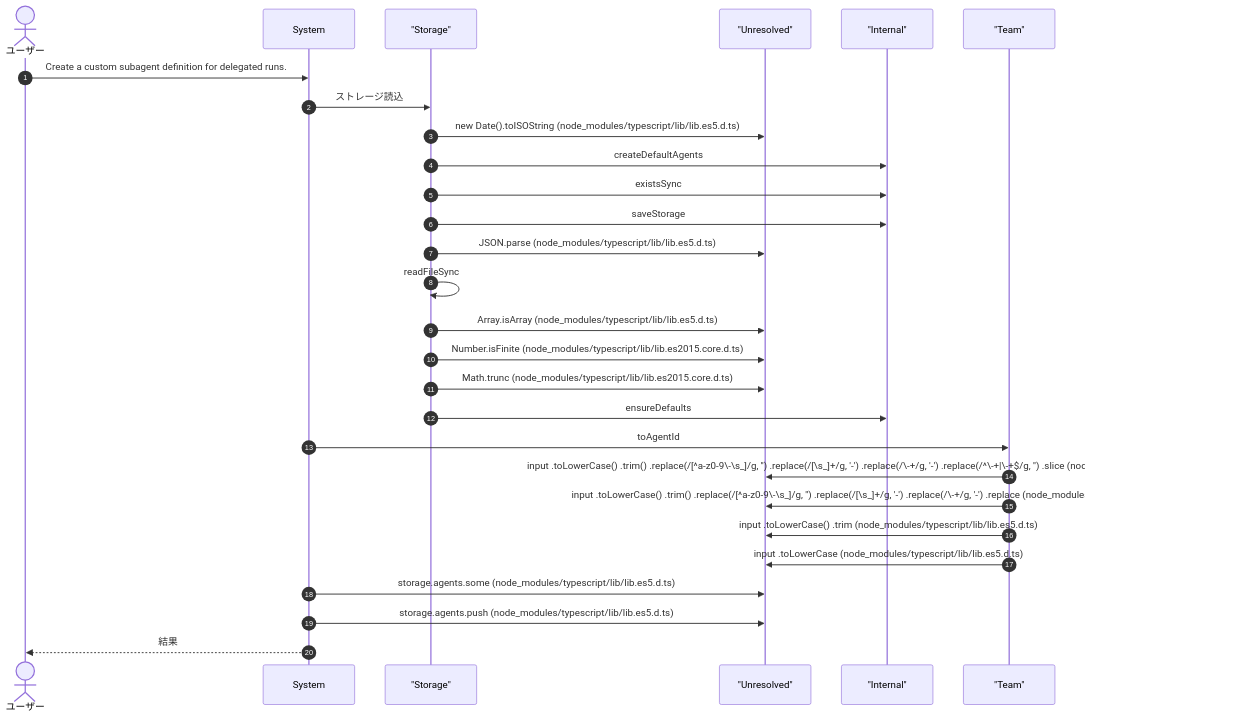
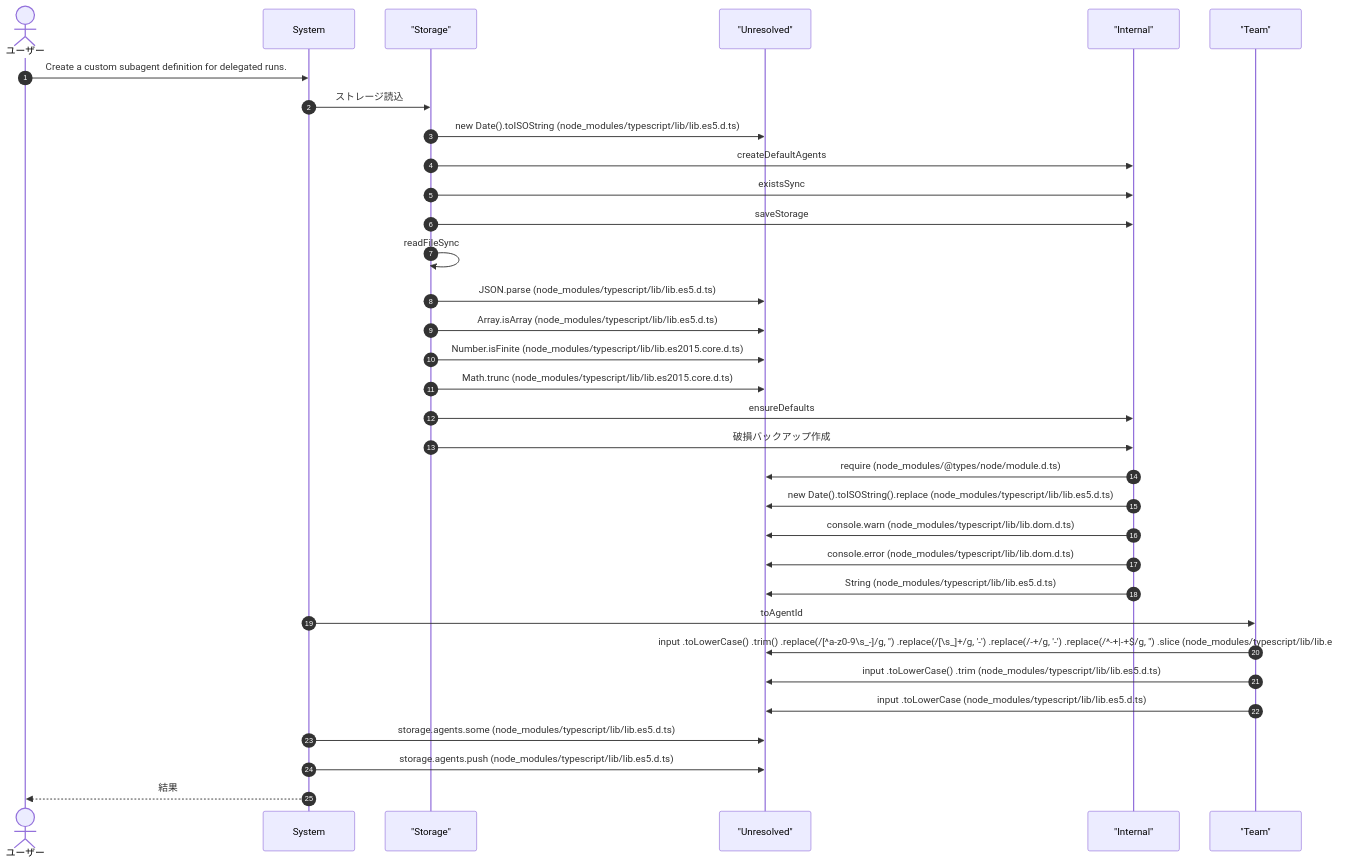
One commit to Mekann2904/mekann changed the second of 12 diagrams in ABDD/.pi/extensions/subagents.md. Above: the diagram before and after it, drawn with Mermaid. The commit also changed other lines of this file and 205 other files, not shown here.

````diff
--- a/ABDD/.pi/extensions/subagents.md
+++ b/ABDD/.pi/extensions/subagents.md
@@ -74,32 +80,37 @@
 ```mermaid
 sequenceDiagram
   autonumber
   actor User as ユーザー
   participant System as System
   participant Storage as "Storage"
   participant Unresolved as "Unresolved"
   participant Internal as "Internal"
   participant Team as "Team"
 
   User->>System: Create a custom subagent definition for delegated runs.
   System->>Storage: ストレージ読込
   Storage->>Unresolved: new Date().toISOString (node_modules/typescript/lib/lib.es5.d.ts)
   Storage->>Internal: createDefaultAgents
   Storage->>Internal: existsSync
   Storage->>Internal: saveStorage
+  Storage->>Storage: readFileSync
   Storage->>Unresolved: JSON.parse (node_modules/typescript/lib/lib.es5.d.ts)
-  Storage->>Storage: readFileSync
   Storage->>Unresolved: Array.isArray (node_modules/typescript/lib/lib.es5.d.ts)
   Storage->>Unresolved: Number.isFinite (node_modules/typescript/lib/lib.es2015.core.d.ts)
   Storage->>Unresolved: Math.trunc (node_modules/typescript/lib/lib.es2015.core.d.ts)
   Storage->>Internal: ensureDefaults
+  Storage->>Internal: 破損バックアップ作成
+  Internal->>Unresolved: require (node_modules/@types/node/module.d.ts)
+  Internal->>Unresolved: new Date().toISOString().replace (node_modules/typescript/lib/lib.es5.d.ts)
+  Internal->>Unresolved: console.warn (node_modules/typescript/lib/lib.dom.d.ts)
+  Internal->>Unresolved: console.error (node_modules/typescript/lib/lib.dom.d.ts)
+  Internal->>Unresolved: String (node_modules/typescript/lib/lib.es5.d.ts)
   System->>Team: toAgentId
-  Team->>Unresolved: input     .toLowerCase()     .trim()     .replace(/[^a-z0-9\-\s_]/g, '')     .replace(/[\s_]+/g, '-')     .replace(/\-+/g, '-')     .replace(/^\-+|\-+$/g, '')     .slice (node_modules/typescript/lib/lib.es5.d.ts)
-  Team->>Unresolved: input     .toLowerCase()     .trim()     .replace(/[^a-z0-9\-\s_]/g, '')     .replace(/[\s_]+/g, '-')     .replace(/\-+/g, '-')     .replace (node_modules/typescript/lib/lib.es5.d.ts)
+  Team->>Unresolved: input     .toLowerCase()     .trim()     .replace(/[^a-z0-9\s_-]/g, '')     .replace(/[\s_]+/g, '-')     .replace(/-+/g, '-')     .replace(/^-+|-+$/g, '')     .slice (node_modules/typescript/lib/lib.es5.d.ts)
   Team->>Unresolved: input     .toLowerCase()     .trim (node_modules/typescript/lib/lib.es5.d.ts)
   Team->>Unresolved: input     .toLowerCase (node_modules/typescript/lib/lib.es5.d.ts)
   System->>Unresolved: storage.agents.some (node_modules/typescript/lib/lib.es5.d.ts)
   System->>Unresolved: storage.agents.push (node_modules/typescript/lib/lib.es5.d.ts)
   System-->>User: 結果
 
 ```
````
